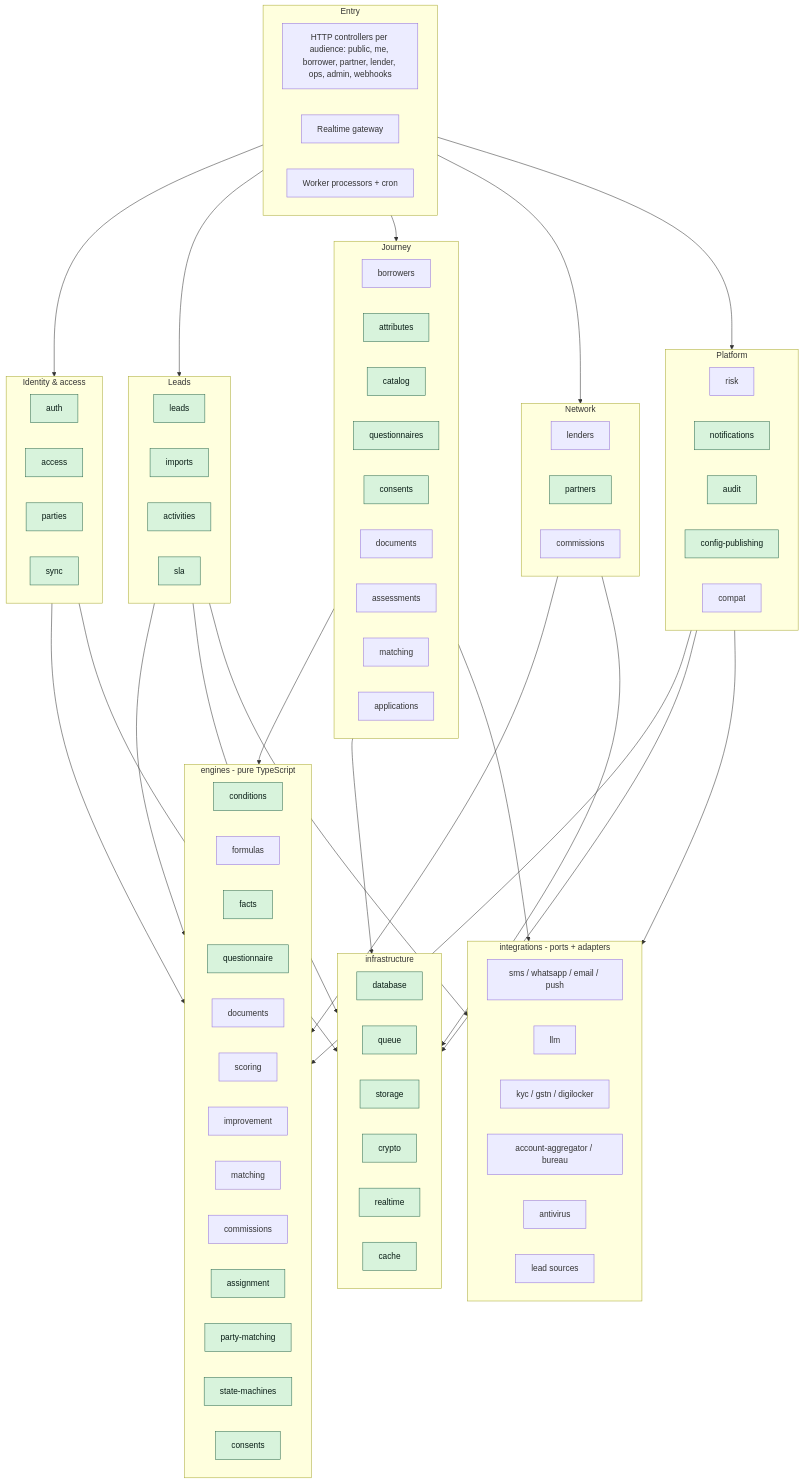
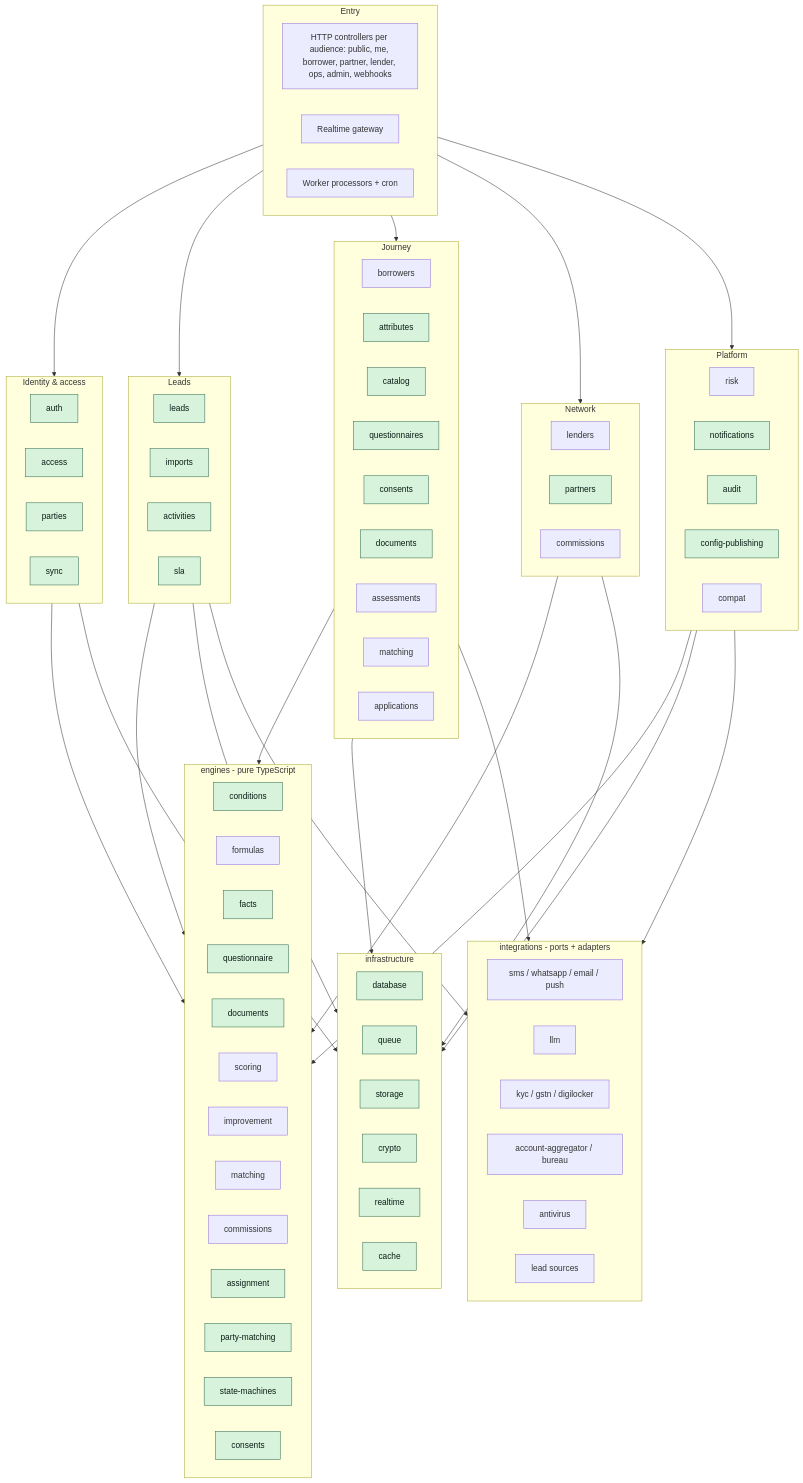
The second of 14 diagrams in docs/ARCHITECTURE.md (Shaikhfaruk/fundenflo), drawn with Mermaid before and after one commit. The commit also changed other lines of this file and 58 other files, not shown here.

````diff
--- a/docs/ARCHITECTURE.md
+++ b/docs/ARCHITECTURE.md
@@ -158,5 +158,5 @@
   LeadsGroup --> Ports
   Platform --> Ports
   classDef built fill:#d8f3dc,stroke:#2d6a4f,color:#081c15
-  class auth,access,parties,catalog,attributes,questionnaires,consents,partners,leads,imports,activities,sla,realtime,sync,notifications,audit,configPublishing,conditions,facts,questionnaire,partyMatching,stateMachines,consentFold,assignment,database,queue,storage,crypto,cache built
+  class auth,access,parties,catalog,attributes,questionnaires,consents,partners,leads,imports,activities,sla,realtime,sync,documents,notifications,audit,configPublishing,conditions,facts,questionnaire,partyMatching,stateMachines,consentFold,assignment,docChecklist,database,queue,storage,crypto,cache built
 ```
````
